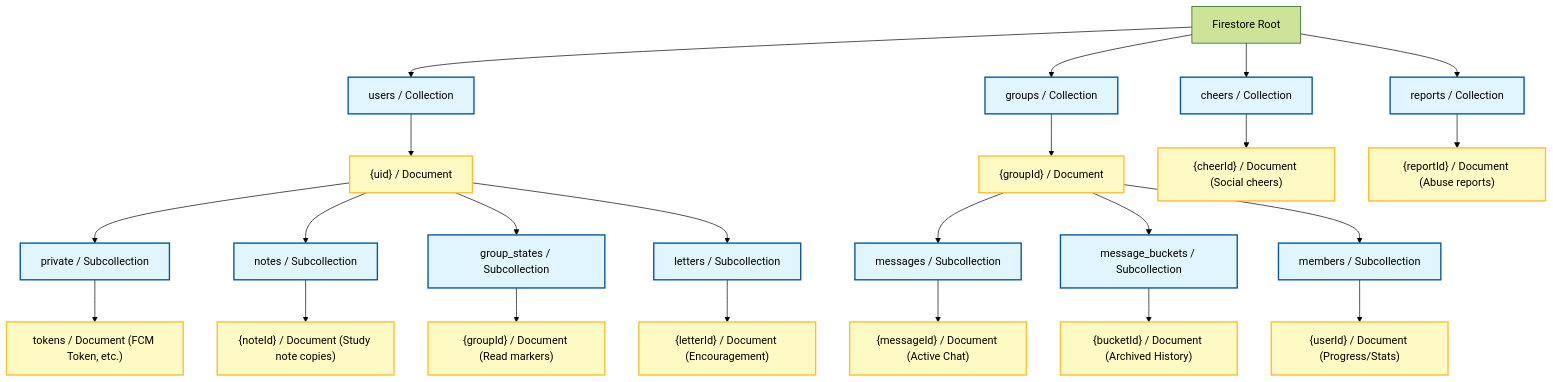
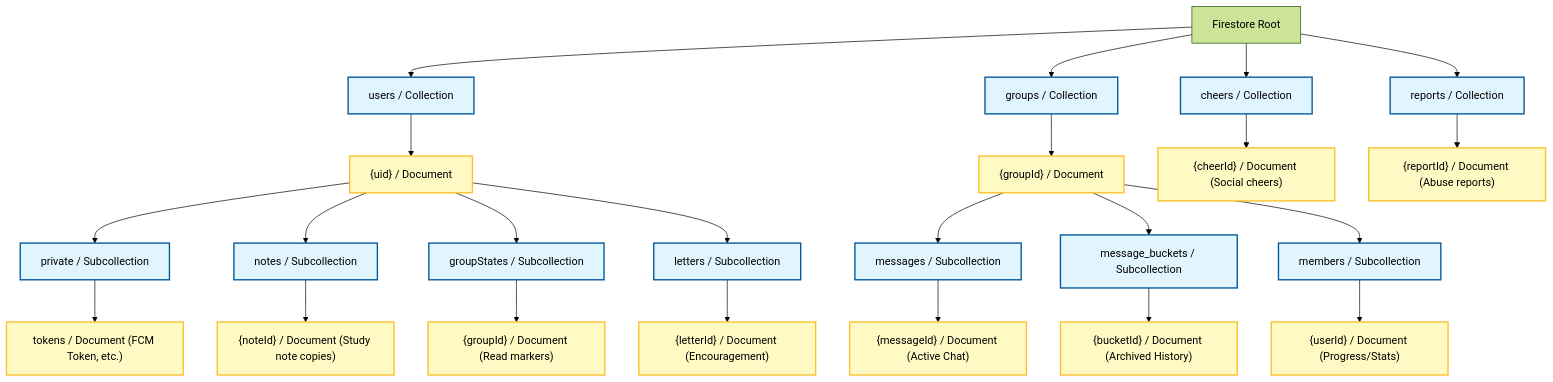
The second of 2 diagrams in docs/database-security.md (ScriptureHabit/scripture-habit), drawn with Mermaid (forest theme) before and after one commit. The commit also changed 43 other files, not shown here.

````diff
--- a/docs/database-security.md
+++ b/docs/database-security.md
@@ -80,37 +80,37 @@
 ```mermaid
 graph TD
     Root[Firestore Root]
     
     %% Users Root Collection
     Root --> Users[users / Collection]
     Users --> UserDoc["{uid} / Document"]
     UserDoc --> UserPrivate[private / Subcollection]
     UserPrivate --> TokenDoc["tokens / Document (FCM Token, etc.)"]
     UserDoc --> UserNotes[notes / Subcollection]
     UserNotes --> NoteDoc["{noteId} / Document (Study note copies)"]
-    UserDoc --> GroupStates[group_states / Subcollection]
+    UserDoc --> GroupStates[groupStates / Subcollection]
     GroupStates --> GStateDoc["{groupId} / Document (Read markers)"]
     UserDoc --> Letters[letters / Subcollection]
     Letters --> LetterDoc["{letterId} / Document (Encouragement)"]
     
     %% Groups Root Collection
     Root --> Groups[groups / Collection]
     Groups --> GroupDoc["{groupId} / Document"]
     GroupDoc --> Messages[messages / Subcollection]
     Messages --> MsgDoc["{messageId} / Document (Active Chat)"]
     GroupDoc --> MessageBuckets[message_buckets / Subcollection]
     MessageBuckets --> BucketDoc["{bucketId} / Document (Archived History)"]
     GroupDoc --> Members[members / Subcollection]
     Members --> MemberDoc["{userId} / Document (Progress/Stats)"]
     
     %% Cheers and Reports Root Collections
     Root --> Cheers[cheers / Collection]
     Cheers --> CheerDoc["{cheerId} / Document (Social cheers)"]
     Root --> Reports[reports / Collection]
     Reports --> ReportDoc["{reportId} / Document (Abuse reports)"]
     
     classDef col fill:#e1f5fe,stroke:#01579b,stroke-width:2px;
     classDef doc fill:#fff9c4,stroke:#fbc02d,stroke-width:2px;
     class Users,Groups,Cheers,Reports,UserPrivate,UserNotes,GroupStates,Letters,Messages,MessageBuckets,Members col;
     class UserDoc,TokenDoc,NoteDoc,GStateDoc,LetterDoc,GroupDoc,MsgDoc,BucketDoc,MemberDoc,CheerDoc,ReportDoc doc;
 ```
````
